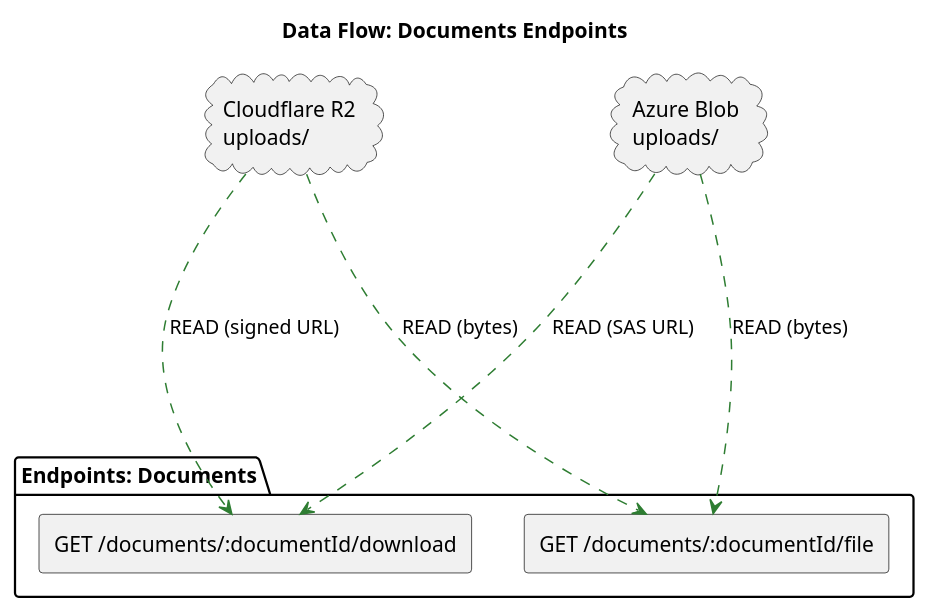
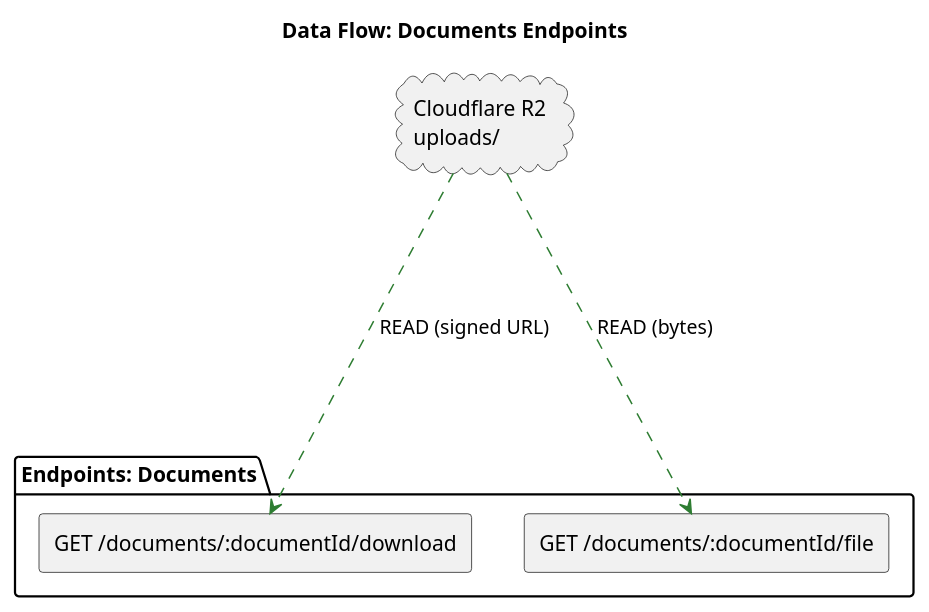
Before and after one commit to ST10399453/INSY7315_CiteWise: the diagram in backend/documentation/documents.puml, drawn with PlantUML. The commit also changed 1 other file, not shown here.

Commit message:
Update Diagrams

```diff
--- a/backend/documentation/documents.puml
+++ b/backend/documentation/documents.puml
@@ -1,22 +1,19 @@
 @startuml API_DataFlow_Documents
 left to right direction
 skinparam componentStyle rectangle
 skinparam wrapWidth 280
 skinparam maxMessageSize 200
 title Data Flow: Documents Endpoints
 
 cloud "Cloudflare R2\nuploads/" as R2
-cloud "Azure Blob\nuploads/" as AZ
 
 package "Endpoints: Documents" {
   top to bottom direction
   component "GET /documents/:documentId/download" as DOC_DL
   component "GET /documents/:documentId/file"     as DOC_STREAM
 }
 
 ' READs (signed URL + stream)
 R2 -[#2E7D32]-.-> DOC_DL    : READ (signed URL)
-AZ -[#2E7D32]-.-> DOC_DL    : READ (SAS URL)
 R2 -[#2E7D32]-.-> DOC_STREAM: READ (bytes)
-AZ -[#2E7D32]-.-> DOC_STREAM: READ (bytes)
 @enduml
```
